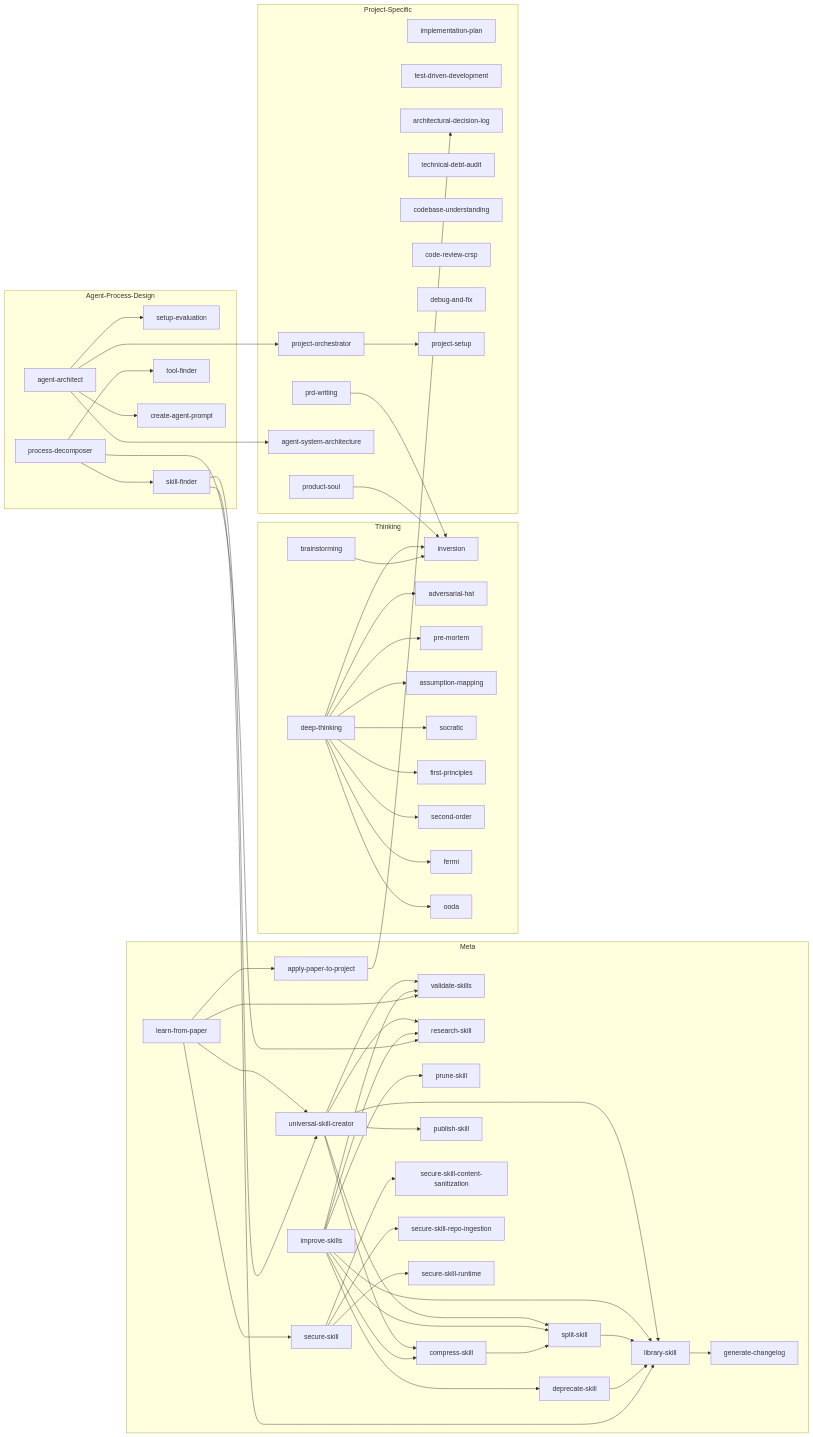
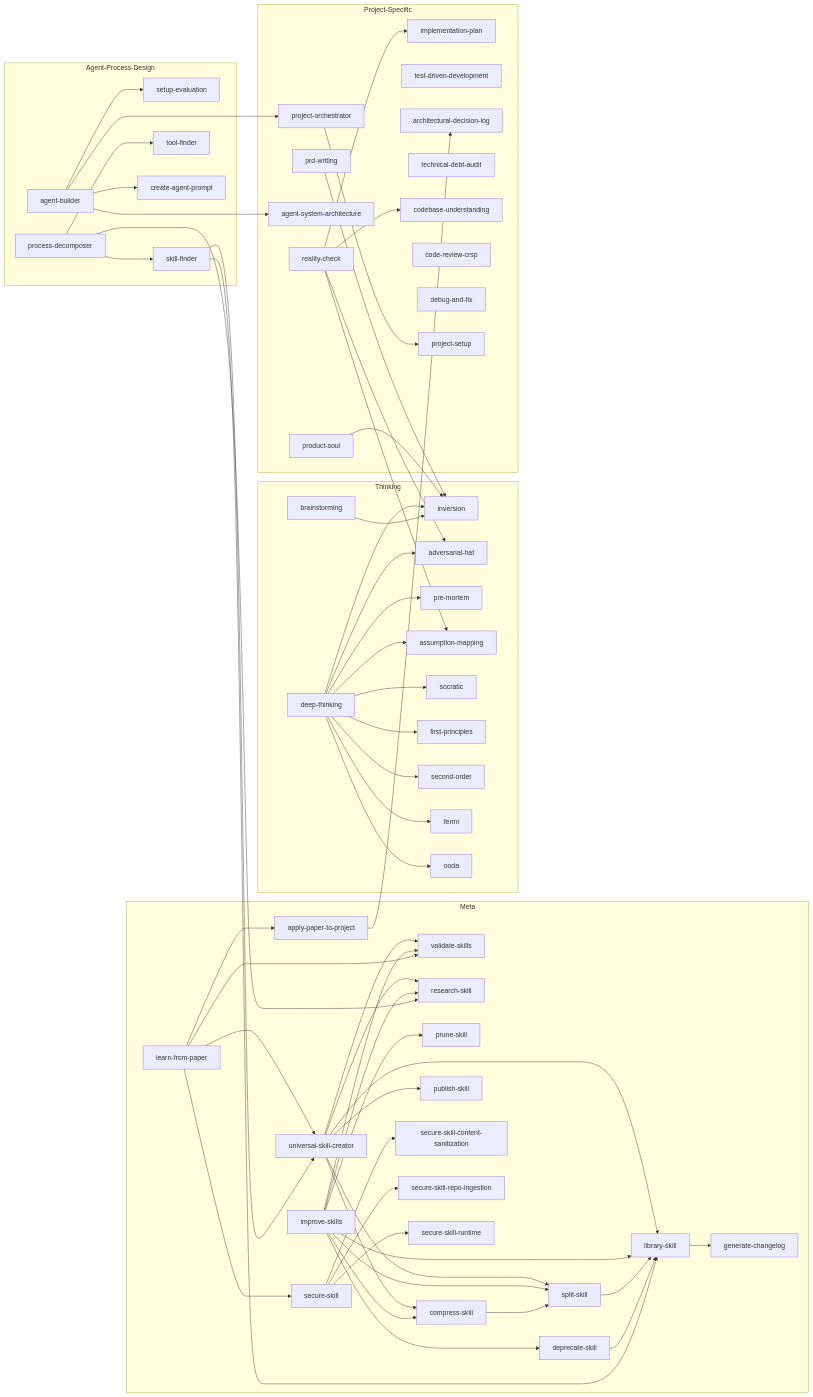
The diagram in docs/skill-graph.md (dvy1987/cross-plat-skills), drawn with Mermaid before and after one commit. The commit also changed other lines of this file and 7 other files, not shown here.

First line of the commit message:
feat: add reality-check skill + VC due diligence findings + roadmap

````diff
--- a/docs/skill-graph.md
+++ b/docs/skill-graph.md
@@ -51,13 +51,14 @@
     cbu[codebase-understanding]
     crsp[code-review-crsp]
     daf[debug-and-fix]
+    dd[reality-check]
     po[project-orchestrator]
     psu[project-setup]
   end
 
   subgraph Agent-Process-Design
     pd[process-decomposer]
-    aa[agent-architect]
+    aa[agent-builder]
     se[setup-evaluation]
     sf[skill-finder]
     tf[tool-finder]
@@ -125,6 +126,12 @@
   aa --> se
   aa --> po
 
+  %% --- Due diligence ---
+  dd --> adv
+  dd --> asm
+  dd --> cbu
+  dd --> ipl
+
   %% --- Orchestrator ---
   po --> psu
 ```
````
